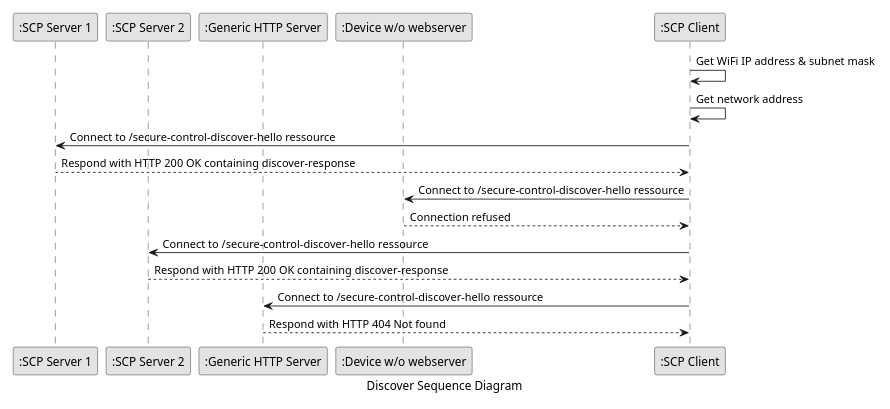
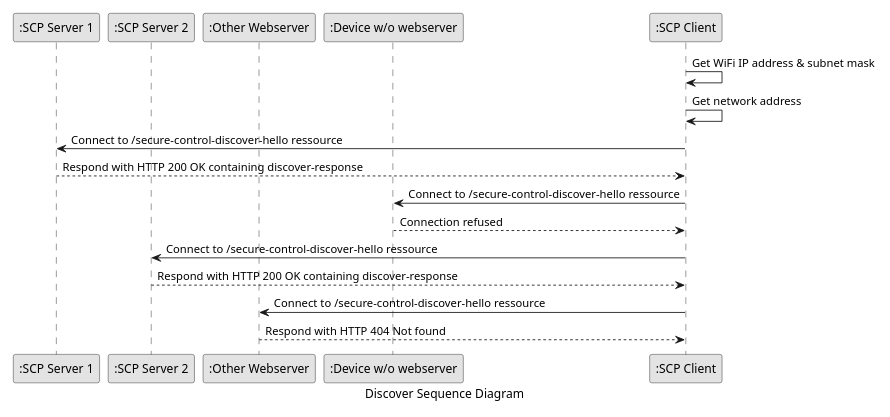
One commit to houseos/SCP changed the third of 5 diagrams in README.md. Above: the diagram before and after it, drawn with PlantUML. The commit also changed other lines of this file and 11 other files, not shown here.

````diff
--- a/README.md
+++ b/README.md
@@ -221,29 +255,29 @@
 ```puml
 
 caption Discover Sequence Diagram
 
 skinparam monochrome true
 
 scale max 650 width
 
 participant ":SCP Server 1" as server1
 participant ":SCP Server 2" as server2
-participant ":Generic HTTP Server" as webserver
+participant ":Other Webserver" as webserver
 participant ":Device w/o webserver" as device
 participant ":SCP Client" as client
 
 client -> client : Get WiFi IP address & subnet mask
 client -> client : Get network address
 
 client -> server1 : Connect to /secure-control-discover-hello ressource
 server1 --> client : Respond with HTTP 200 OK containing discover-response 
 
 client -> device : Connect to /secure-control-discover-hello ressource
 device --> client : Connection refused
 
 client -> server2 : Connect to /secure-control-discover-hello ressource
 server2 --> client : Respond with HTTP 200 OK containing discover-response 
 
 client -> webserver : Connect to /secure-control-discover-hello ressource
 webserver --> client : Respond with HTTP 404 Not found
 ```
````
